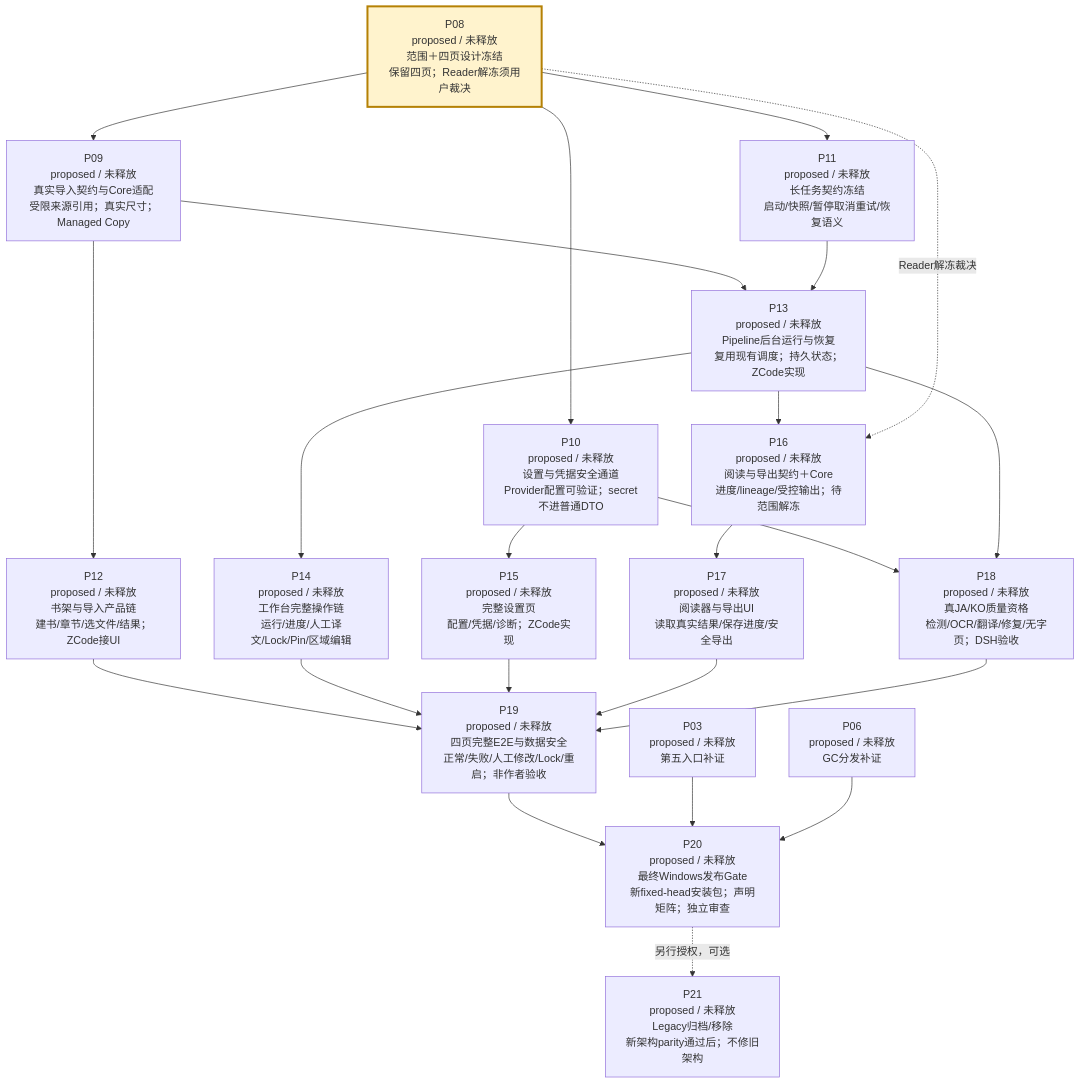
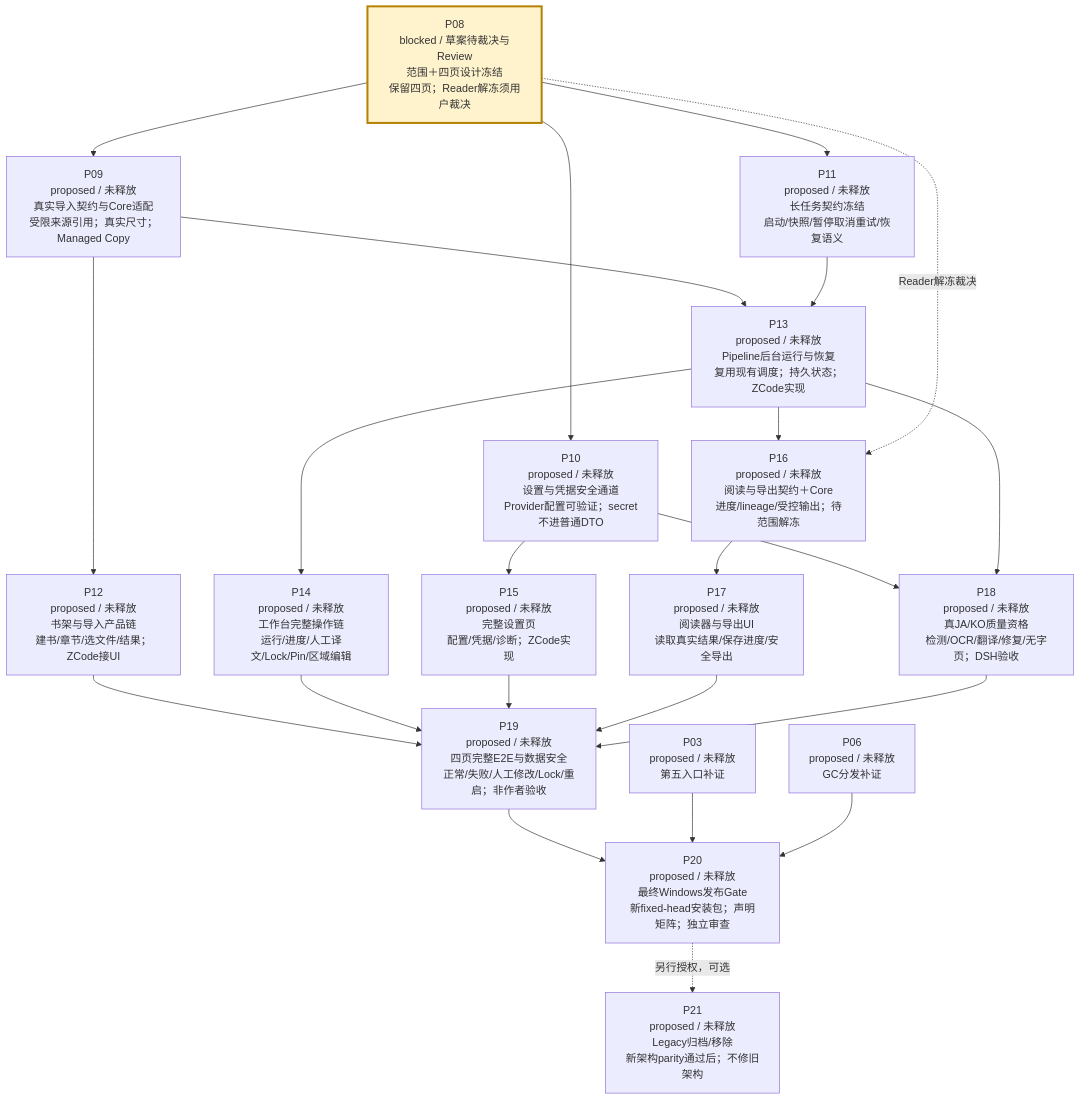
One commit to peakwheat-pixel/New-Manga changed the third of 4 diagrams in verification/PROJECT-ROADMAP-20261008/ROADMAP.md. Above: the diagram before and after it, drawn with Mermaid. The commit also changed other lines of this file and 14 other files, not shown here.

````diff
--- a/verification/PROJECT-ROADMAP-20261008/ROADMAP.md
+++ b/verification/PROJECT-ROADMAP-20261008/ROADMAP.md
@@ -45,26 +47,26 @@
 ```mermaid
 flowchart TB
-  P08["P08<br/>proposed / 未释放<br/>范围＋四页设计冻结<br/>保留四页；Reader解冻须用户裁决"] --> P09["P09<br/>proposed / 未释放<br/>真实导入契约与Core适配<br/>受限来源引用；真实尺寸；Managed Copy"]
+  P08["P08<br/>blocked / 草案待裁决与Review<br/>范围＋四页设计冻结<br/>保留四页；Reader解冻须用户裁决"] --> P09["P09<br/>proposed / 未释放<br/>真实导入契约与Core适配<br/>受限来源引用；真实尺寸；Managed Copy"]
   P08 --> P10["P10<br/>proposed / 未释放<br/>设置与凭据安全通道<br/>Provider配置可验证；secret不进普通DTO"]
   P08 --> P11["P11<br/>proposed / 未释放<br/>长任务契约冻结<br/>启动/快照/暂停取消重试/恢复语义"]
   P09 --> P12["P12<br/>proposed / 未释放<br/>书架与导入产品链<br/>建书/章节/选文件/结果；ZCode接UI"]
   P09 --> P13["P13<br/>proposed / 未释放<br/>Pipeline后台运行与恢复<br/>复用现有调度；持久状态；ZCode实现"]
   P11 --> P13
   P13 --> P14["P14<br/>proposed / 未释放<br/>工作台完整操作链<br/>运行/进度/人工译文/Lock/Pin/区域编辑"]
   P10 --> P15["P15<br/>proposed / 未释放<br/>完整设置页<br/>配置/凭据/诊断；ZCode实现"]
   P13 --> P16["P16<br/>proposed / 未释放<br/>阅读与导出契约＋Core<br/>进度/lineage/受控输出；待范围解冻"]
   P08 -. "Reader解冻裁决" .-> P16
   P16 --> P17["P17<br/>proposed / 未释放<br/>阅读器与导出UI<br/>读取真实结果/保存进度/安全导出"]
   P10 --> P18["P18<br/>proposed / 未释放<br/>真JA/KO质量资格<br/>检测/OCR/翻译/修复/无字页；DSH验收"]
   P13 --> P18
   P12 --> P19["P19<br/>proposed / 未释放<br/>四页完整E2E与数据安全<br/>正常/失败/人工修改/Lock/重启；非作者验收"]
   P14 --> P19
   P15 --> P19
   P17 --> P19
   P18 --> P19
   P19 --> P20["P20<br/>proposed / 未释放<br/>最终Windows发布Gate<br/>新fixed-head安装包；声明矩阵；独立审查"]
   P03["P03<br/>proposed / 未释放<br/>第五入口补证"] --> P20
   P06["P06<br/>proposed / 未释放<br/>GC分发补证"] --> P20
   P20 -. "另行授权，可选" .-> P21["P21<br/>proposed / 未释放<br/>Legacy归档/移除<br/>新架构parity通过后；不修旧架构"]
   style P08 fill:#fff3cd,stroke:#b58105,stroke-width:3px
 ```
````
